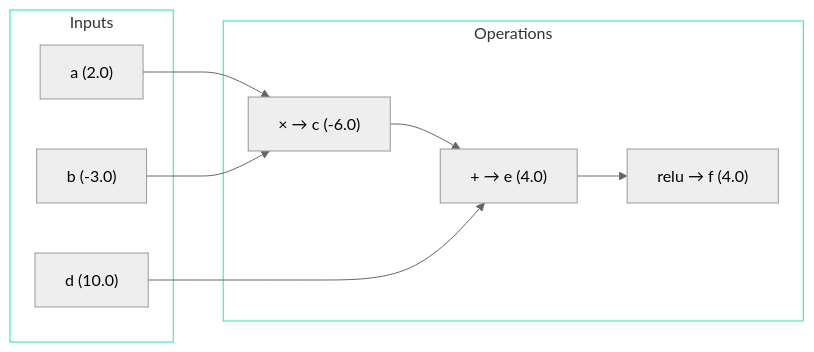
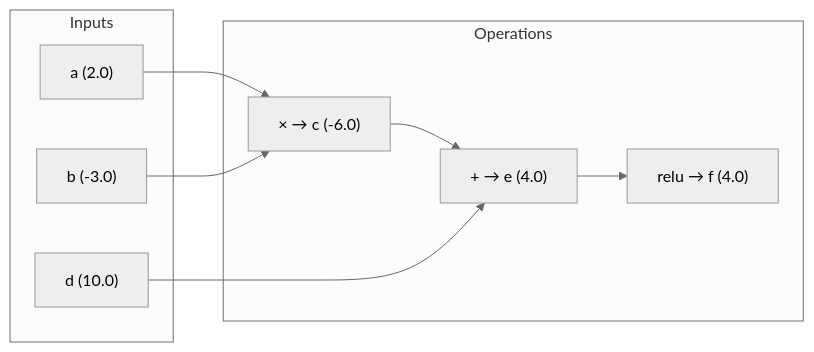
One commit to iamkhalid2/microgpt-course changed the second of 2 diagrams in docs/02-calculus-and-autograd/03-forward-pass.md. Above: the diagram before and after it, drawn with Mermaid (neutral theme). The commit also changed other lines of this file and 20 other files, not shown here.

Commit message:
Remove all inline Mermaid styles - let theme handle colors natively

````diff
--- a/docs/02-calculus-and-autograd/03-forward-pass.md
+++ b/docs/02-calculus-and-autograd/03-forward-pass.md
@@ -105,25 +98,22 @@
 ```mermaid
 flowchart LR
     direction LR
 
     subgraph inputs["Inputs"]
         A["a (2.0)"]
         B["b (-3.0)"]
         D["d (10.0)"]
     end
 
     subgraph ops["Operations"]
         MUL["× → c (-6.0)"]
         ADD["+ → e (4.0)"]
         RELU["relu → f (4.0)"]
     end
 
     A --> MUL
     B --> MUL
     MUL --> ADD
     D --> ADD
     ADD --> RELU
-
-    style inputs fill:none,stroke:#1de9b6
-    style ops fill:none,stroke:#1de9b6
 ```
````
